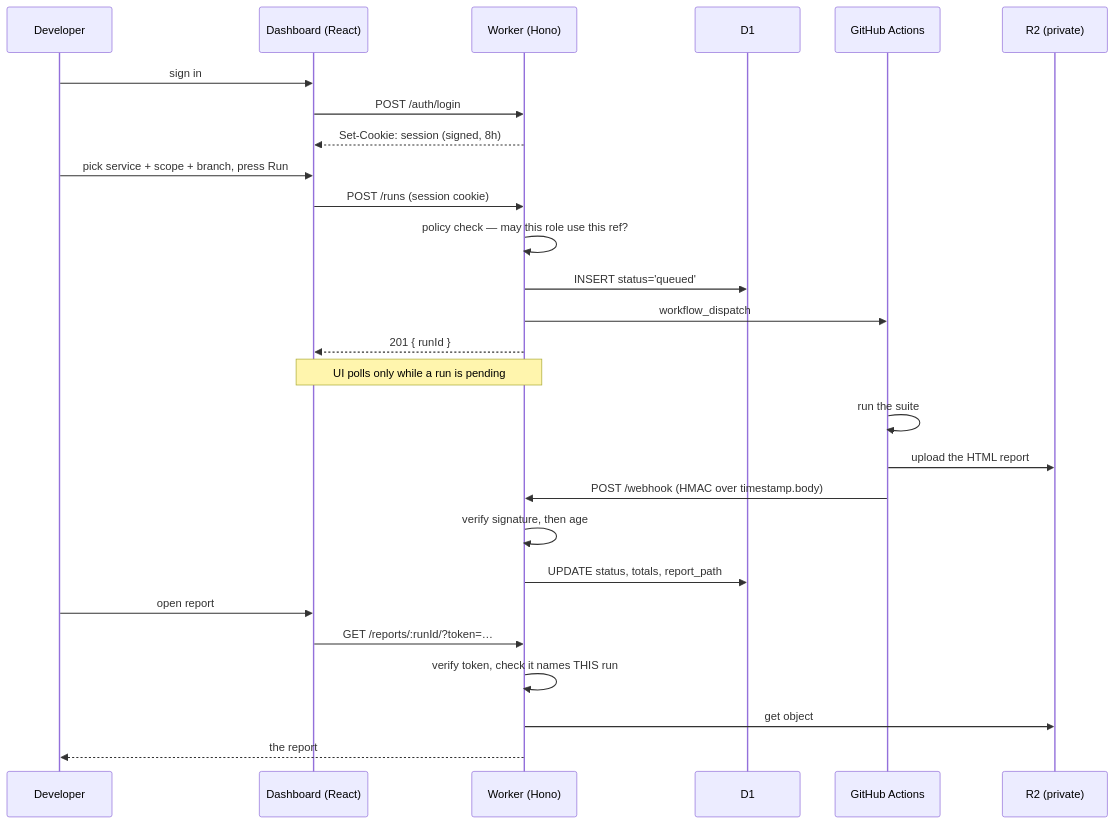
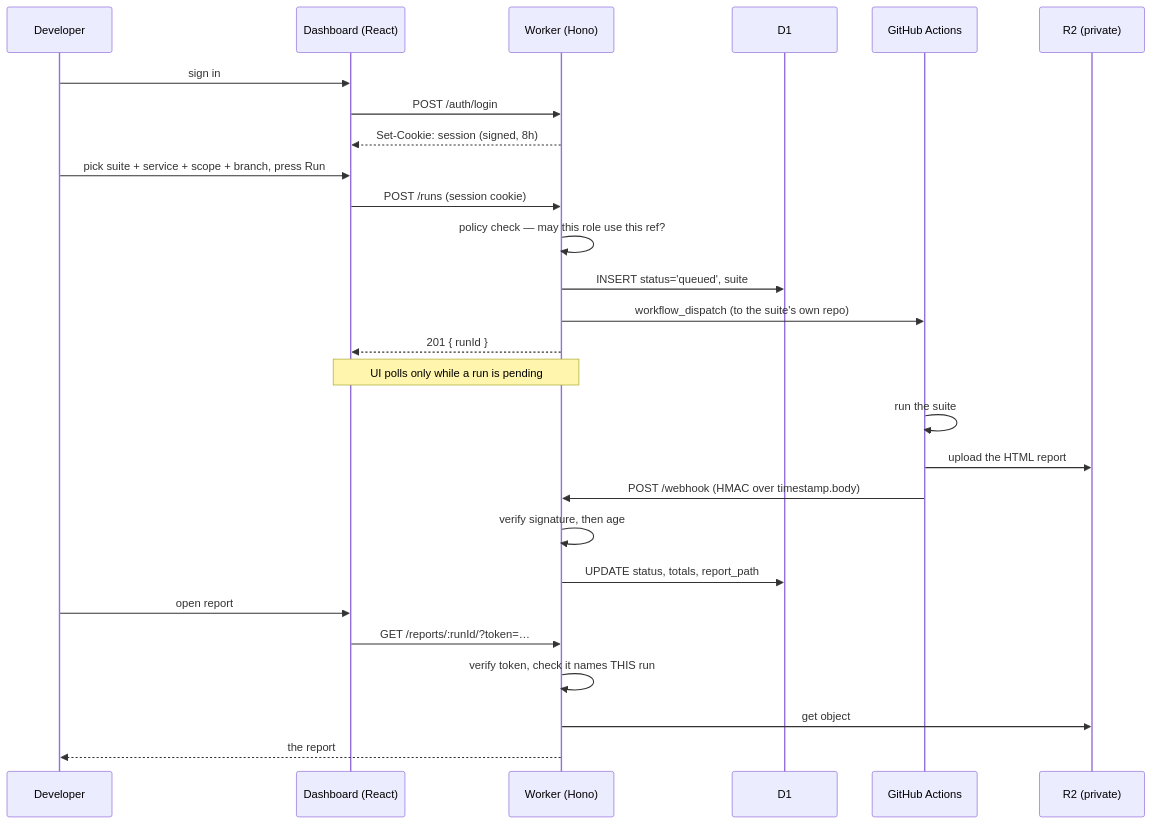
Before and after one commit to surakiartysk/playwright-run-dashboard: the diagram in docs/architecture.md, drawn with Mermaid. The commit also changed other lines of this file, not shown here.

First line of the commit message:
docs: architecture.md still described one suite

````diff
--- a/docs/architecture.md
+++ b/docs/architecture.md
@@ -8,34 +8,34 @@
 ```mermaid
 sequenceDiagram
     participant D as Developer
     participant UI as Dashboard (React)
     participant W as Worker (Hono)
     participant DB as D1
     participant GH as GitHub Actions
     participant R2 as R2 (private)
 
     D->>UI: sign in
     UI->>W: POST /auth/login
     W-->>UI: Set-Cookie: session (signed, 8h)
 
-    D->>UI: pick service + scope + branch, press Run
+    D->>UI: pick suite + service + scope + branch, press Run
     UI->>W: POST /runs  (session cookie)
     W->>W: policy check — may this role use this ref?
-    W->>DB: INSERT status='queued'
-    W->>GH: workflow_dispatch
+    W->>DB: INSERT status='queued', suite
+    W->>GH: workflow_dispatch (to the suite's own repo)
     W-->>UI: 201 { runId }
 
     Note over UI,W: UI polls only while a run is pending
 
     GH->>GH: run the suite
     GH->>R2: upload the HTML report
     GH->>W: POST /webhook (HMAC over timestamp.body)
     W->>W: verify signature, then age
     W->>DB: UPDATE status, totals, report_path
 
     D->>UI: open report
     UI->>W: GET /reports/:runId/?token=…
     W->>W: verify token, check it names THIS run
     W->>R2: get object
     W-->>D: the report
 ```
````
